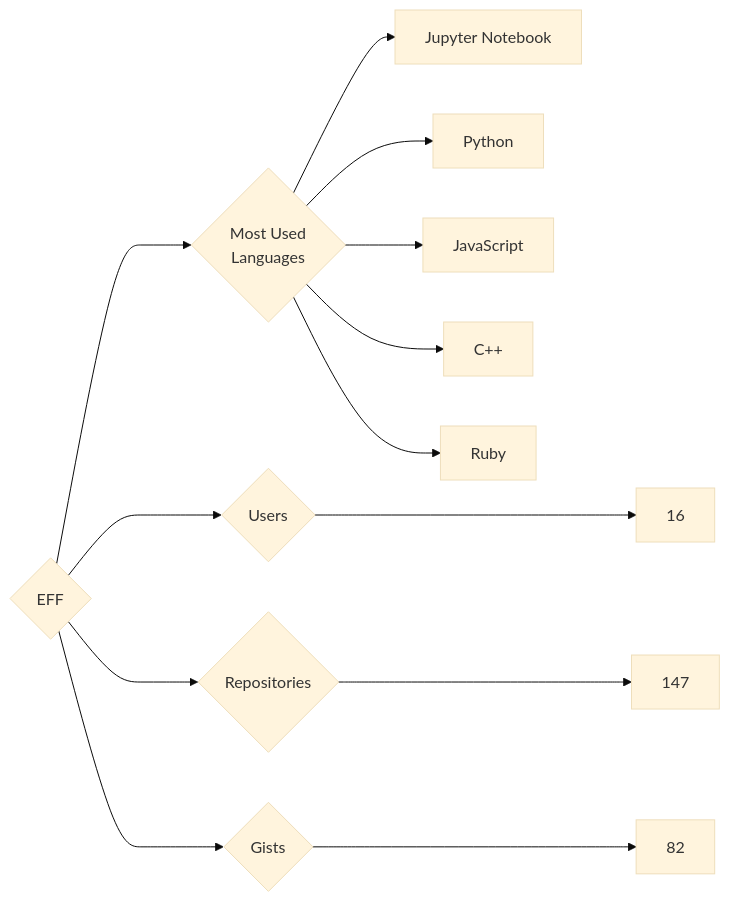
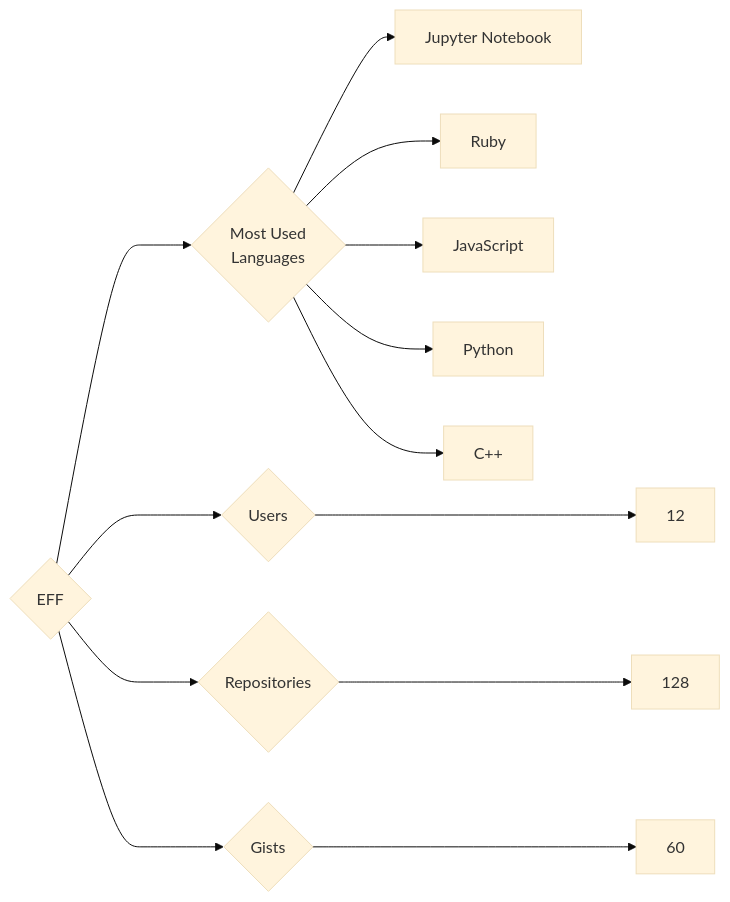
The diagram in targets/EFF/README.md (trickest/insiders), drawn with Mermaid (base theme) before and after one commit. The commit also changed 953 other files, not shown here.

````diff
--- a/targets/EFF/README.md
+++ b/targets/EFF/README.md
@@ -3,13 +3,13 @@
 ```mermaid
 graph LR
 COMPANY_NAME{EFF}
-COMPANY_NAME ---> U{Users} ---> UN[16]
-COMPANY_NAME ---> R{Repositories} ---> RN[147]
-COMPANY_NAME ---> G{Gists} ---> GN[82]
+COMPANY_NAME ---> U{Users} ---> UN[12]
+COMPANY_NAME ---> R{Repositories} ---> RN[128]
+COMPANY_NAME ---> G{Gists} ---> GN[60]
 COMPANY_NAME ---> ML{Most Used<br>Languages}
 ML --> Jupyter_Notebook[Jupyter Notebook]
+ML --> Ruby[Ruby]
+ML --> JavaScript[JavaScript]
 ML --> Python[Python]
-ML --> JavaScript[JavaScript]
 ML --> C++[C++]
-ML --> Ruby[Ruby]
 ```
````
